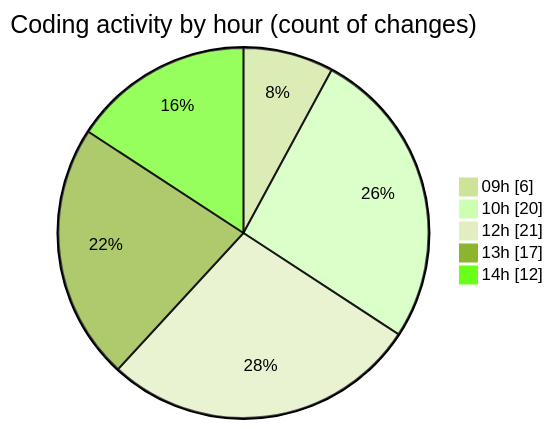
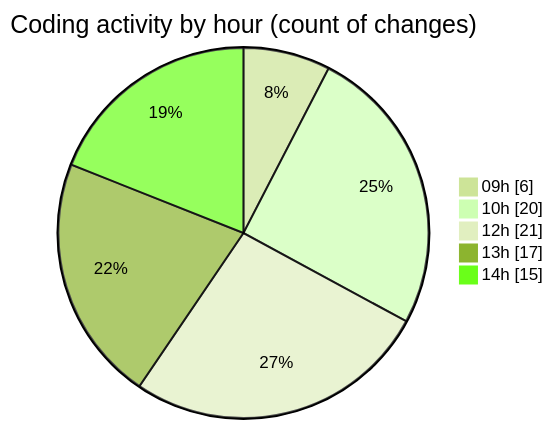
One commit to becaeroporto-bot/code-tracking changed the second of 2 diagrams in 2026-02-18/bot_v1_2/README.md. Above: the diagram before and after it, drawn with Mermaid (forest theme). The commit also changed other lines of this file and 1 other file, not shown here.

````diff
--- a/2026-02-18/bot_v1_2/README.md
+++ b/2026-02-18/bot_v1_2/README.md
@@ -55,9 +55,9 @@
 ```mermaid
 pie showData
 title Coding activity by hour (count of changes)
 "09h" : 6
 "10h" : 20
 "12h" : 21
 "13h" : 17
-"14h" : 12
+"14h" : 15
 ```
````
